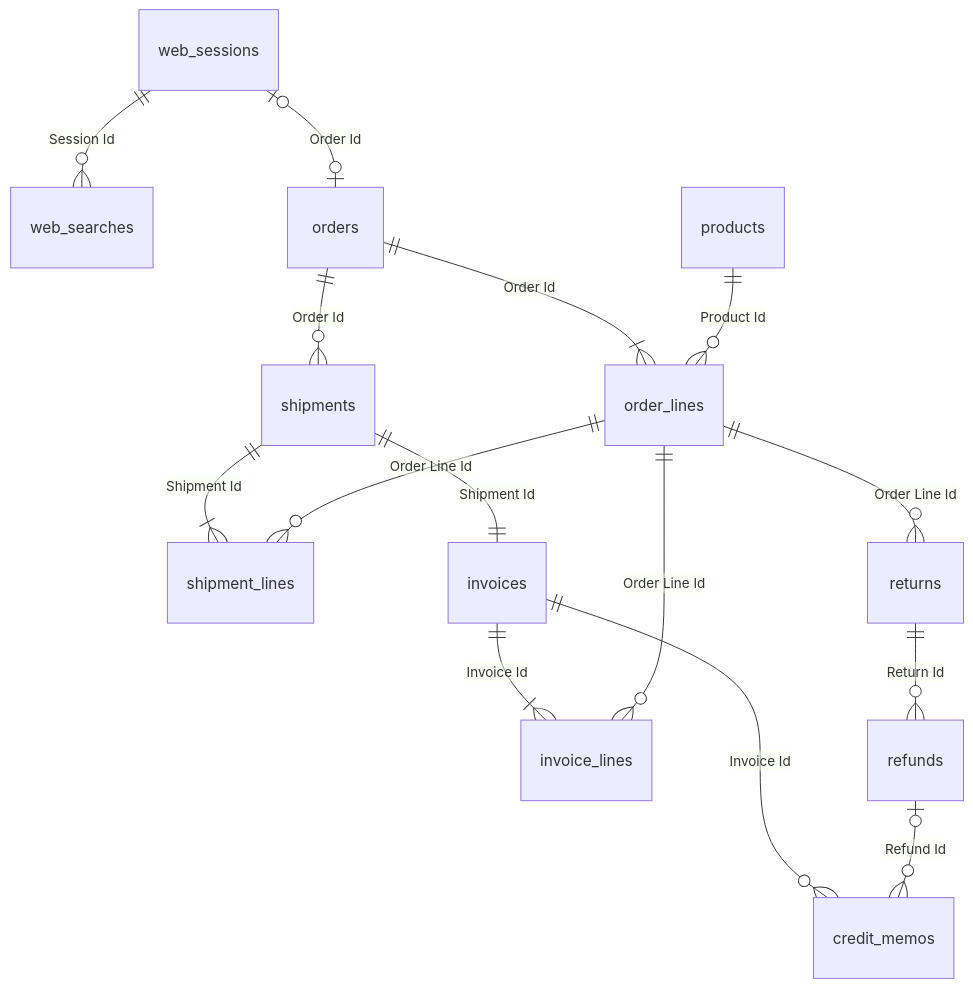
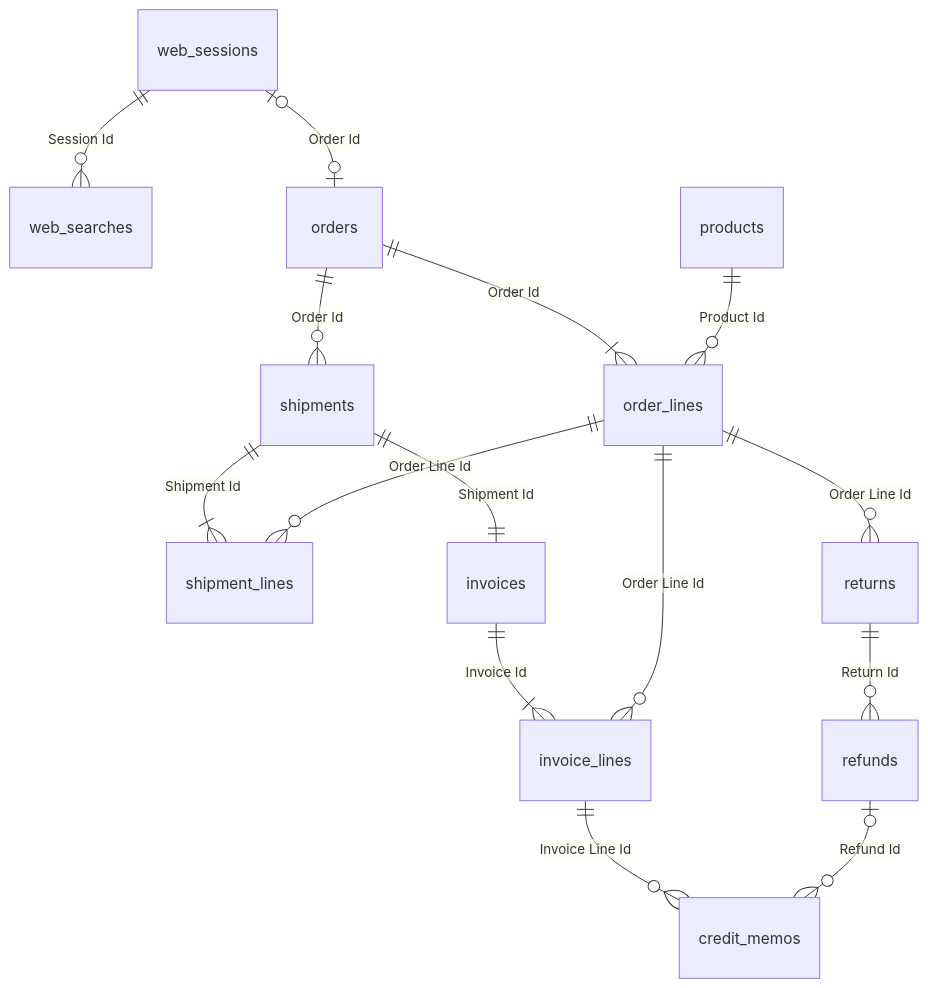
Before and after one commit to YoshitakaArakawa/SampleHyperStore: the third of 4 diagrams in en/README.md, drawn with Mermaid. The commit also changed 20 other files, not shown here.

First line of the commit message:
クレジットメモの各行が請求明細を指すようにし、billing を Invoice Line Id で結ぶ

````diff
--- a/en/README.md
+++ b/en/README.md
@@ -69,17 +69,17 @@
 ```mermaid
 erDiagram
     web_sessions ||--o{ web_searches : "Session Id"
     web_sessions |o--o| orders : "Order Id"
     orders ||--|{ order_lines : "Order Id"
     products ||--o{ order_lines : "Product Id"
     orders ||--o{ shipments : "Order Id"
     shipments ||--|{ shipment_lines : "Shipment Id"
     order_lines ||--o{ shipment_lines : "Order Line Id"
     shipments ||--|| invoices : "Shipment Id"
     invoices ||--|{ invoice_lines : "Invoice Id"
     order_lines ||--o{ invoice_lines : "Order Line Id"
     order_lines ||--o{ returns : "Order Line Id"
     returns ||--o{ refunds : "Return Id"
-    invoices ||--o{ credit_memos : "Invoice Id"
+    invoice_lines ||--o{ credit_memos : "Invoice Line Id"
     refunds |o--o{ credit_memos : "Refund Id"
 ```
````
